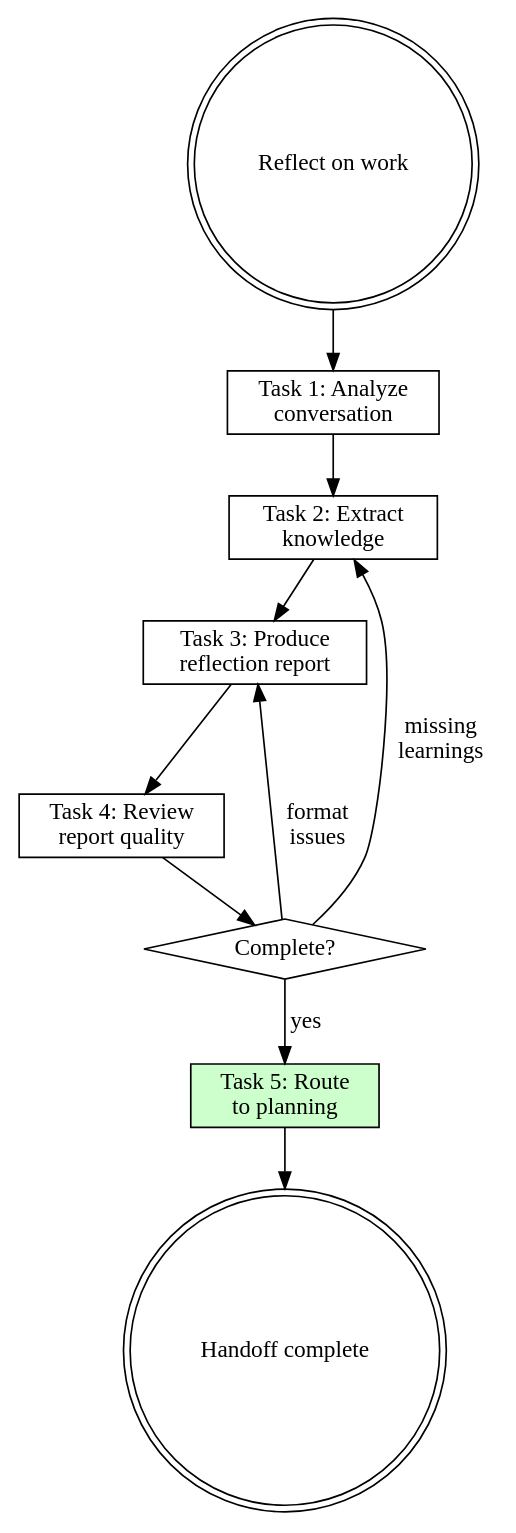
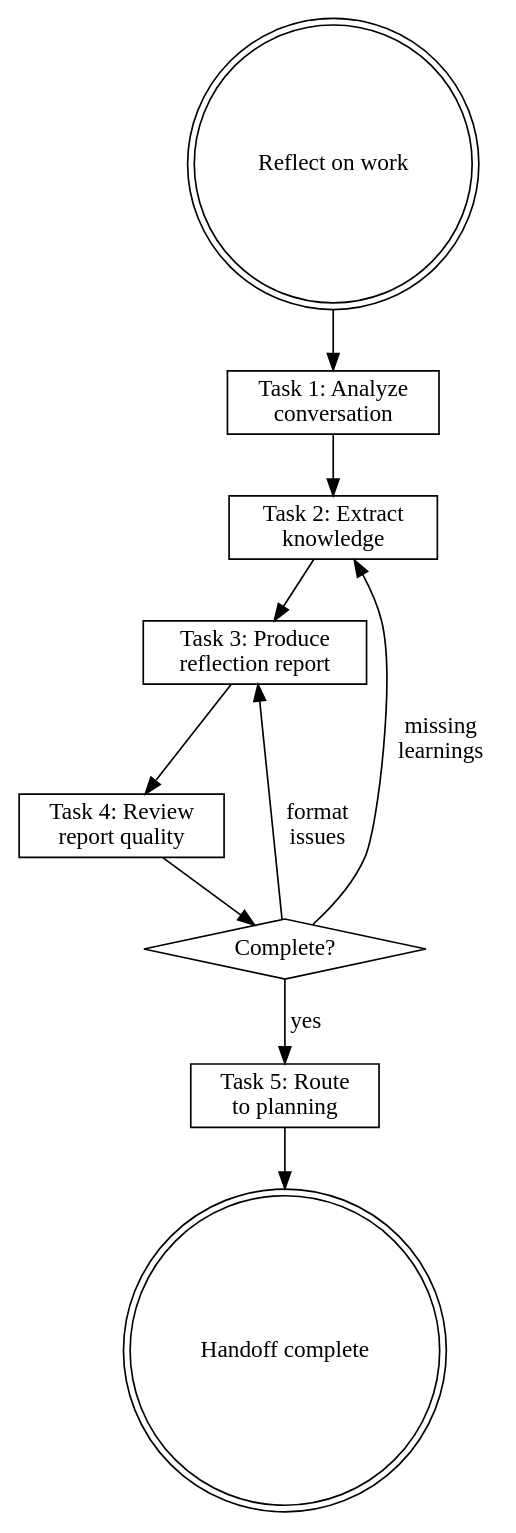
The diagram in plugins/rcc/skills/reflecting/SKILL.md (wayne930242/Reflexive-Claude-Code), drawn with Graphviz before and after one commit. The commit also changed 16 other files, not shown here.

````diff
--- a/plugins/rcc/skills/reflecting/SKILL.md
+++ b/plugins/rcc/skills/reflecting/SKILL.md
@@ -180,24 +180,24 @@
 ```dot
 digraph reflecting {
     rankdir=TB;
 
     start [label="Reflect on work", shape=doublecircle];
     analyze [label="Task 1: Analyze\nconversation", shape=box];
     extract [label="Task 2: Extract\nknowledge", shape=box];
     report [label="Task 3: Produce\nreflection report", shape=box];
     review [label="Task 4: Review\nreport quality", shape=box];
     quality_ok [label="Complete?", shape=diamond];
-    route [label="Task 5: Route\nto planning", shape=box, style=filled, fillcolor="#ccffcc"];
+    route [label="Task 5: Route\nto planning", shape=box];
     done [label="Handoff complete", shape=doublecircle];
 
     start -> analyze;
     analyze -> extract;
     extract -> report;
     report -> review;
     review -> quality_ok;
     quality_ok -> route [label="yes"];
     quality_ok -> extract [label="missing\nlearnings"];
     quality_ok -> report [label="format\nissues"];
     route -> done;
 }
 ```
````
